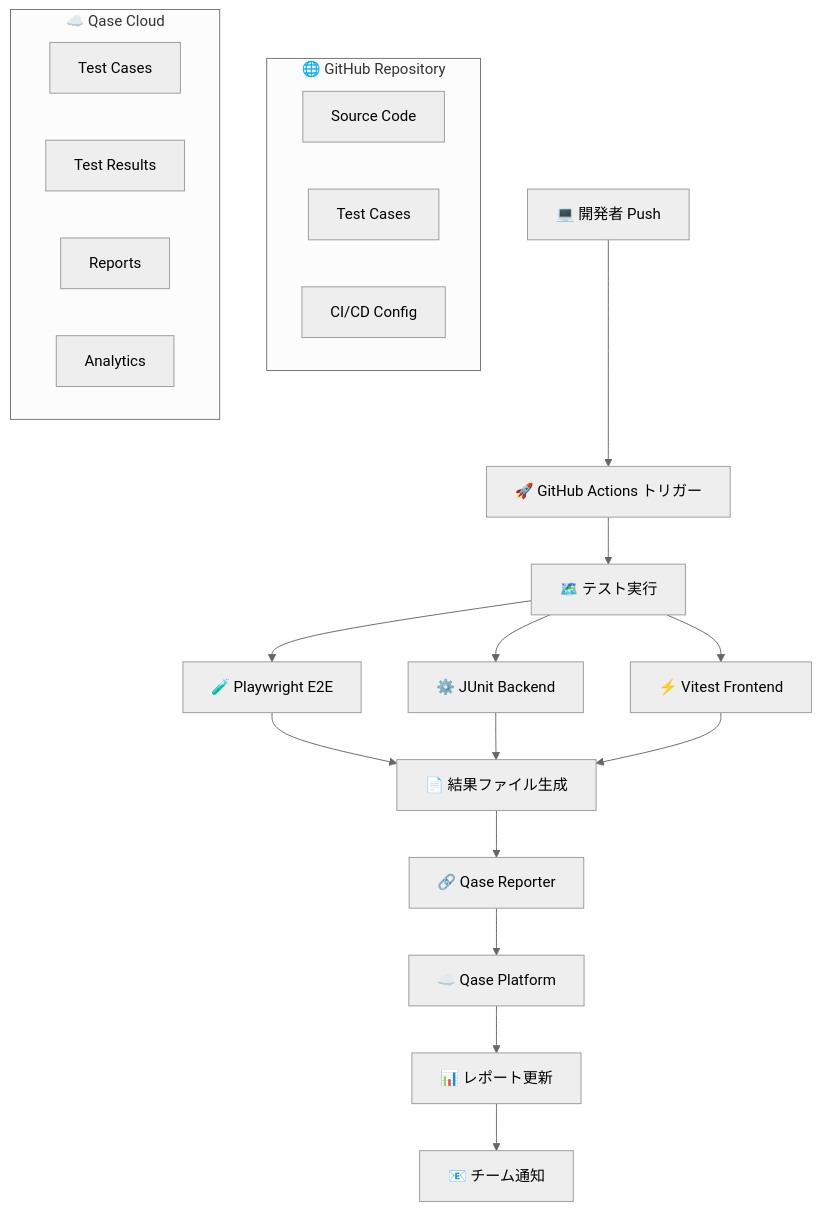
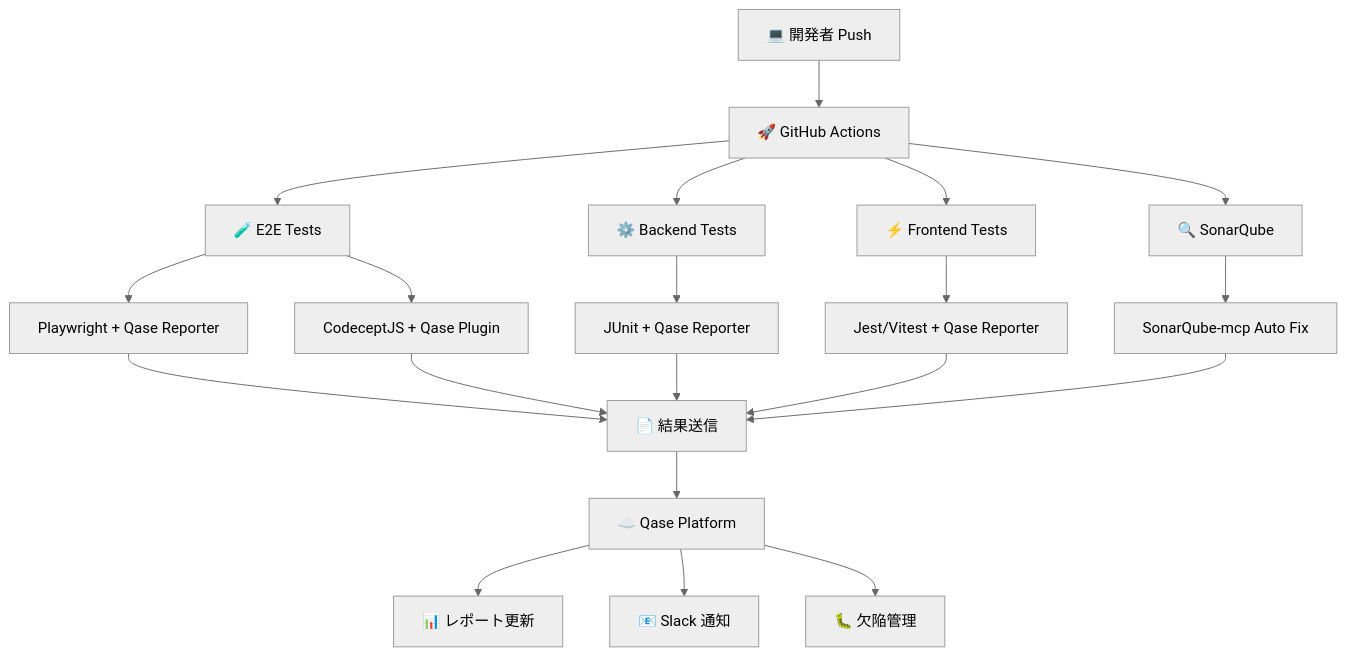
The diagram in wiki/18-Qase導入ガイド.md (cocomomojo/test_app), drawn with Mermaid (neutral theme) before and after one commit. The commit also changed other lines of this file and 6 other files, not shown here.

````diff
--- a/wiki/18-Qase導入ガイド.md
+++ b/wiki/18-Qase導入ガイド.md
@@ -197,30 +197,25 @@
 ```mermaid
-flowchart TD
-    A[💻 開発者 Push] --> B[🚀 GitHub Actions トリガー]
-    B --> C[🗺️ テスト実行]
-    C --> D[🧪 Playwright E2E]
-    C --> E[⚙️ JUnit Backend]
-    C --> F[⚡ Vitest Frontend]
+flowchart TB
+    A[💻 開発者 Push] --> B[🚀 GitHub Actions]
+    B --> C[🧪 E2E Tests]
+    B --> D[⚙️ Backend Tests]
+    B --> E[⚡ Frontend Tests]
+    B --> F[🔍 SonarQube]
 
-    D --> G[📄 結果ファイル生成]
-    E --> G
-    F --> G
+    C --> C1[Playwright + Qase Reporter]
+    C --> C2[CodeceptJS + Qase Plugin]
+    D --> D1[JUnit + Qase Reporter]
+    E --> E1[Jest/Vitest + Qase Reporter]
+    F --> F1[SonarQube-mcp Auto Fix]
 
-    G --> H[🔗 Qase Reporter]
-    H --> I[☁️ Qase Platform]
-    I --> J[📊 レポート更新]
-    J --> K[📧 チーム通知]
+    C1 --> G[📄 結果送信]
+    C2 --> G
+    D1 --> G
+    E1 --> G
+    F1 --> G
 
-    subgraph "🌐 GitHub Repository"
-        A1[Source Code]
-        A2[Test Cases]
-        A3[CI/CD Config]
-    end
-
-    subgraph "☁️ Qase Cloud"
-        I1[Test Cases]
-        I2[Test Results]
-        I3[Reports]
-        I4[Analytics]
-    end
+    G --> H[☁️ Qase Platform]
+    H --> I[📊 レポート更新]
+    H --> J[📧 Slack 通知]
+    H --> K[🐛 欠陥管理]
 ```
````
